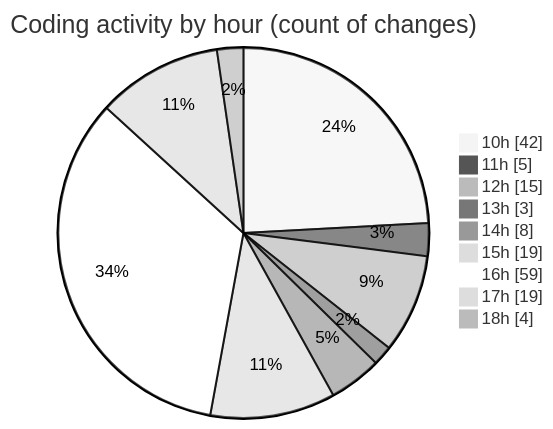
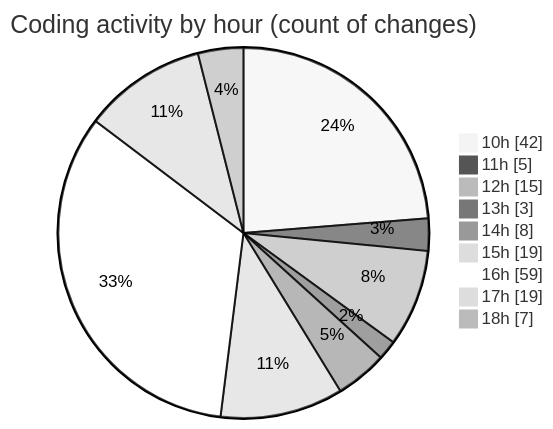
Before and after one commit to nxtqubesakshisongat/code-tracking: the second of 2 diagrams in 2025-08-04/nxtqube_webapp/README.md, drawn with Mermaid (neutral theme). The commit also changed other lines of this file and 1 other file, not shown here.

````diff
--- a/2025-08-04/nxtqube_webapp/README.md
+++ b/2025-08-04/nxtqube_webapp/README.md
@@ -53,13 +53,13 @@
 ```mermaid
 pie showData
 title Coding activity by hour (count of changes)
 "10h" : 42
 "11h" : 5
 "12h" : 15
 "13h" : 3
 "14h" : 8
 "15h" : 19
 "16h" : 59
 "17h" : 19
-"18h" : 4
+"18h" : 7
 ```
````
